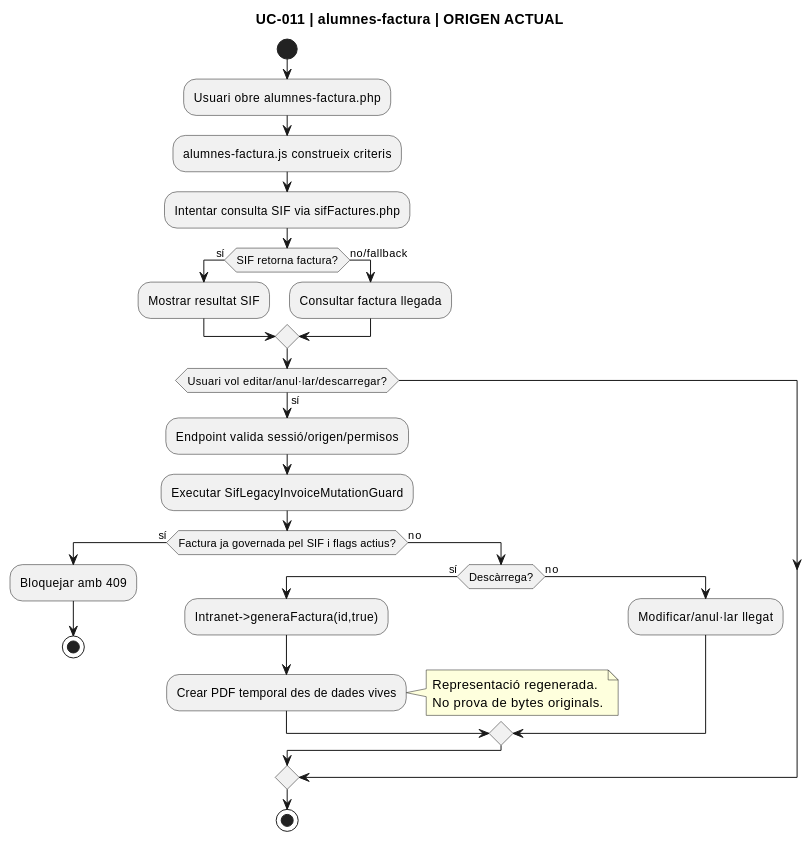
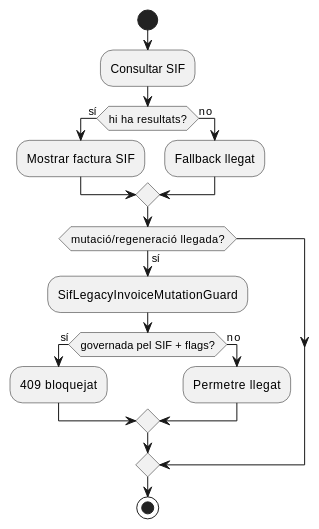
Before and after one commit to orgmeriemprismacat-del/verifactu: the fourth of 5 diagrams in documentacio/07-uml-integrat/uc-011-activitats-actual-final.md, drawn with PlantUML. The commit also changed other lines of this file, not shown here.

```diff
--- a/documentacio/07-uml-integrat/uc-011-activitats-actual-final.md
+++ b/documentacio/07-uml-integrat/uc-011-activitats-actual-final.md
@@ -135,35 +81,20 @@
 ~~~plantuml
 @startuml
-title UC-011 | alumnes-factura | ORIGEN ACTUAL
 start
-:Usuari obre alumnes-factura.php;
-:alumnes-factura.js construeix criteris;
-:Intentar consulta SIF via sifFactures.php;
-if (SIF retorna factura?) then (sí)
-  :Mostrar resultat SIF;
-else (no/fallback)
-  :Consultar factura llegada;
+:Consultar SIF;
+if (hi ha resultats?) then (sí)
+  :Mostrar factura SIF;
+else (no)
+  :Fallback llegat;
 endif
-
-if (Usuari vol editar/anul·lar/descarregar?) then (sí)
-  :Endpoint valida sessió/origen/permisos;
-  :Executar SifLegacyInvoiceMutationGuard;
-  if (Factura ja governada pel SIF i flags actius?) then (sí)
-    :Bloquejar amb 409;
-    stop
+if (mutació/regeneració llegada?) then (sí)
+  :SifLegacyInvoiceMutationGuard;
+  if (governada pel SIF + flags?) then (sí)
+    :409 bloquejat;
   else (no)
-    if (Descàrrega?) then (sí)
-      :Intranet->generaFactura(id,true);
-      :Crear PDF temporal des de dades vives;
-      note right
-        Representació regenerada.
-        No prova de bytes originals.
-      end note
-    else (no)
-      :Modificar/anul·lar llegat;
-    endif
+    :Permetre llegat;
   endif
 endif
 stop
 @enduml
 ~~~
```
